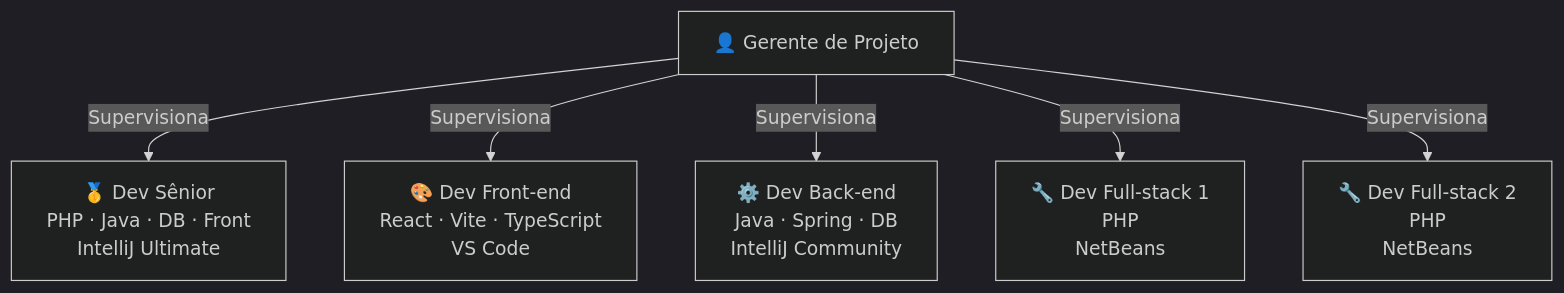
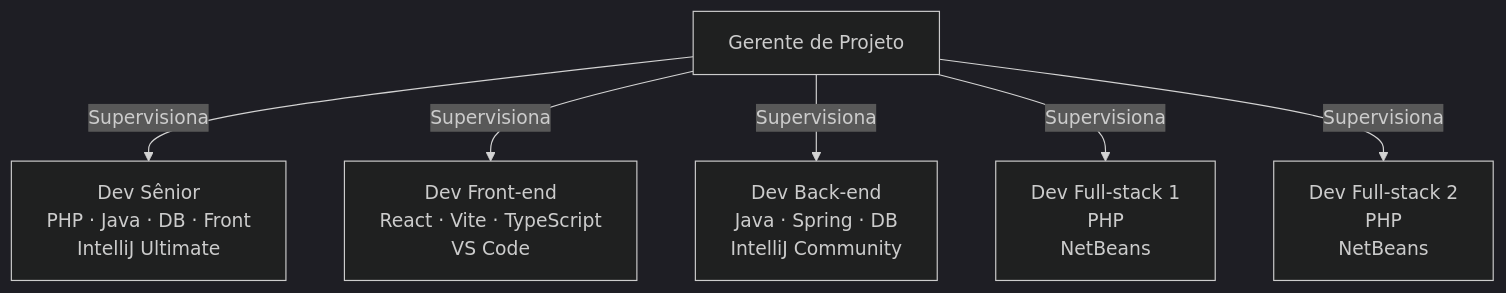
The sixth of 7 diagrams in pesquisa/resultados_pesquisa_ia_2026.md (RodolfoGama0101/estudo-sobre-ia), drawn with Mermaid (dark theme) before and after one commit. The commit also changed other lines of this file and 6 other files, not shown here.

````diff
--- a/pesquisa/resultados_pesquisa_ia_2026.md
+++ b/pesquisa/resultados_pesquisa_ia_2026.md
@@ -386,15 +390,15 @@
 ```mermaid
 graph TD
-    GP["👤 Gerente de Projeto"]
-    S["🥇 Dev Sênior\nPHP · Java · DB · Front\nIntelliJ Ultimate"]
-    FE["🎨 Dev Front-end\nReact · Vite · TypeScript\nVS Code"]
-    BE["⚙️ Dev Back-end\nJava · Spring · DB\nIntelliJ Community"]
-    FS1["🔧 Dev Full-stack 1\nPHP\nNetBeans"]
-    FS2["🔧 Dev Full-stack 2\nPHP\nNetBeans"]
+GP[" Gerente de Projeto"]
+S[" Dev Sênior\nPHP · Java · DB · Front\nIntelliJ Ultimate"]
+FE[" Dev Front-end\nReact · Vite · TypeScript\nVS Code"]
+BE[" Dev Back-end\nJava · Spring · DB\nIntelliJ Community"]
+FS1[" Dev Full-stack 1\nPHP\nNetBeans"]
+FS2[" Dev Full-stack 2\nPHP\nNetBeans"]
 
-    GP -->|"Supervisiona"| S
-    GP -->|"Supervisiona"| FE
-    GP -->|"Supervisiona"| BE
-    GP -->|"Supervisiona"| FS1
-    GP -->|"Supervisiona"| FS2
+GP -->|"Supervisiona"| S
+GP -->|"Supervisiona"| FE
+GP -->|"Supervisiona"| BE
+GP -->|"Supervisiona"| FS1
+GP -->|"Supervisiona"| FS2
 ```
````
